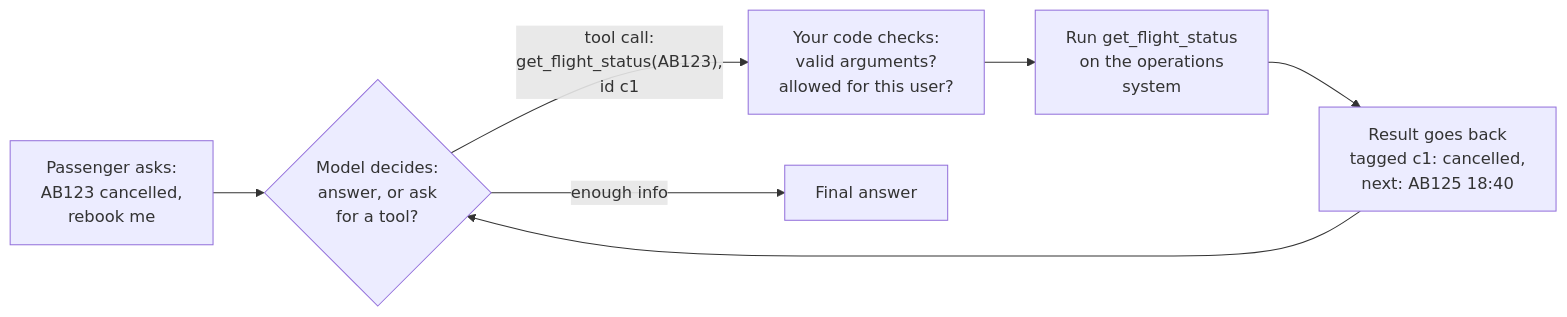
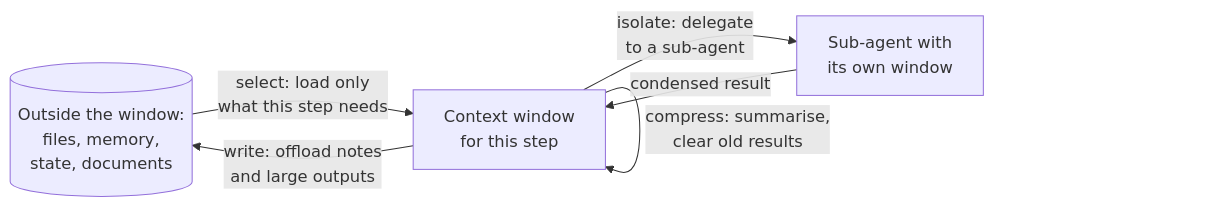
The fifth of 7 diagrams in src/Data/aiStackDocs/CH-05.md (shubamchaudhary/CodeNITW), drawn with Mermaid before and after one commit. The commit also changed other lines of this file and 52 other files, not shown here.

````diff
--- a/src/Data/aiStackDocs/CH-05.md
+++ b/src/Data/aiStackDocs/CH-05.md
@@ -31,9 +177,8 @@
 ```mermaid
 flowchart LR
-    U["Passenger asks:<br/>AB123 cancelled,<br/>rebook me"] --> M{"Model decides:<br/>answer, or ask<br/>for a tool?"}
-    M -->|"tool call:<br/>get_flight_status(AB123),<br/>id c1"| G["Your code checks:<br/>valid arguments?<br/>allowed for this user?"]
-    G --> T1["Run get_flight_status<br/>on the operations<br/>system"]
-    T1 --> O["Result goes back<br/>tagged c1: cancelled,<br/>next: AB125 18:40"]
-    O --> M
-    M -->|"enough info"| A["Final answer"]
+    ST[("Outside the window:<br/>files, memory,<br/>state, documents")] -->|"select: load only<br/>what this step needs"| CW["Context window<br/>for this step"]
+    CW -->|"write: offload notes<br/>and large outputs"| ST
+    CW -->|"compress: summarise,<br/>clear old results"| CW
+    CW -->|"isolate: delegate<br/>to a sub-agent"| SUB["Sub-agent with<br/>its own window"]
+    SUB -->|"condensed result"| CW
 ```
````
